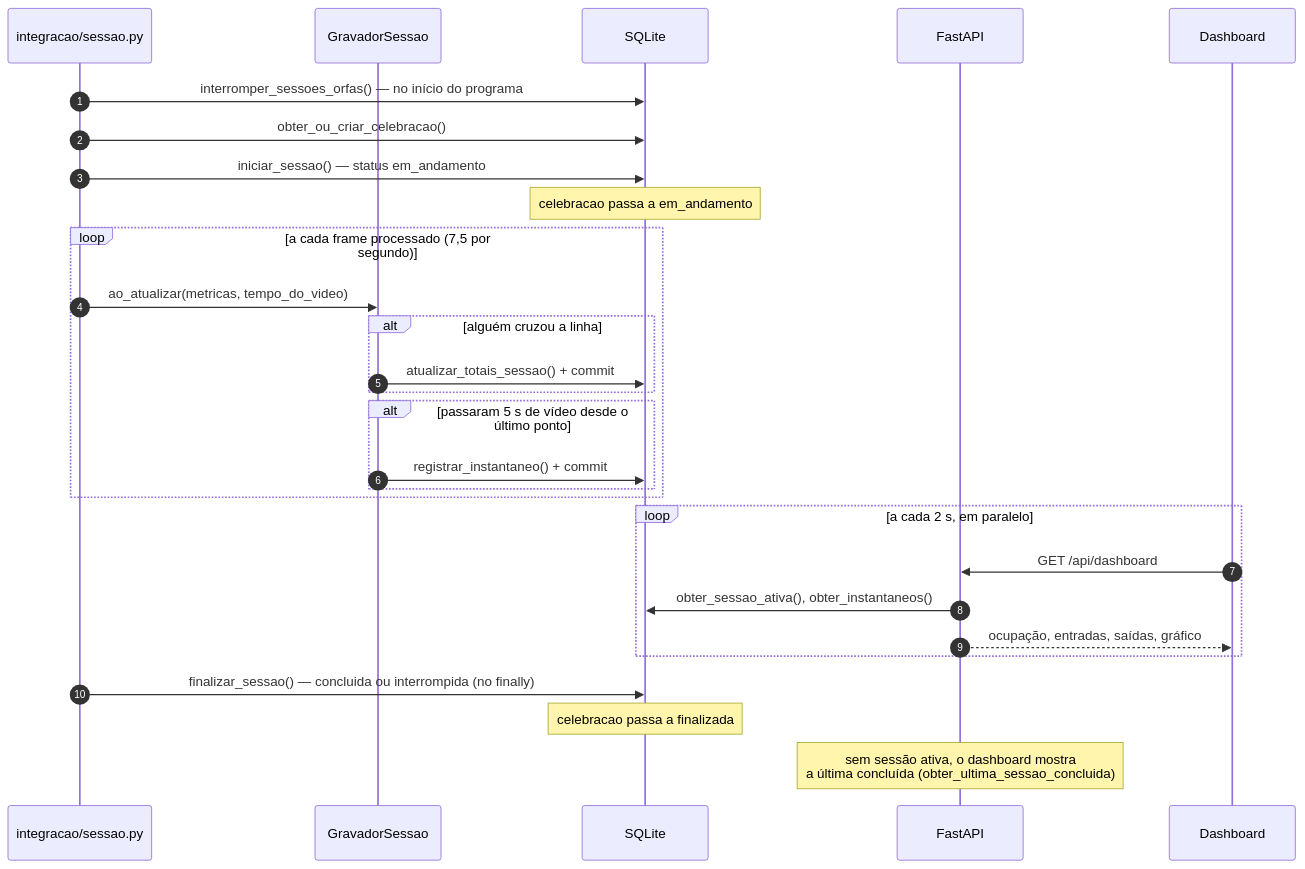
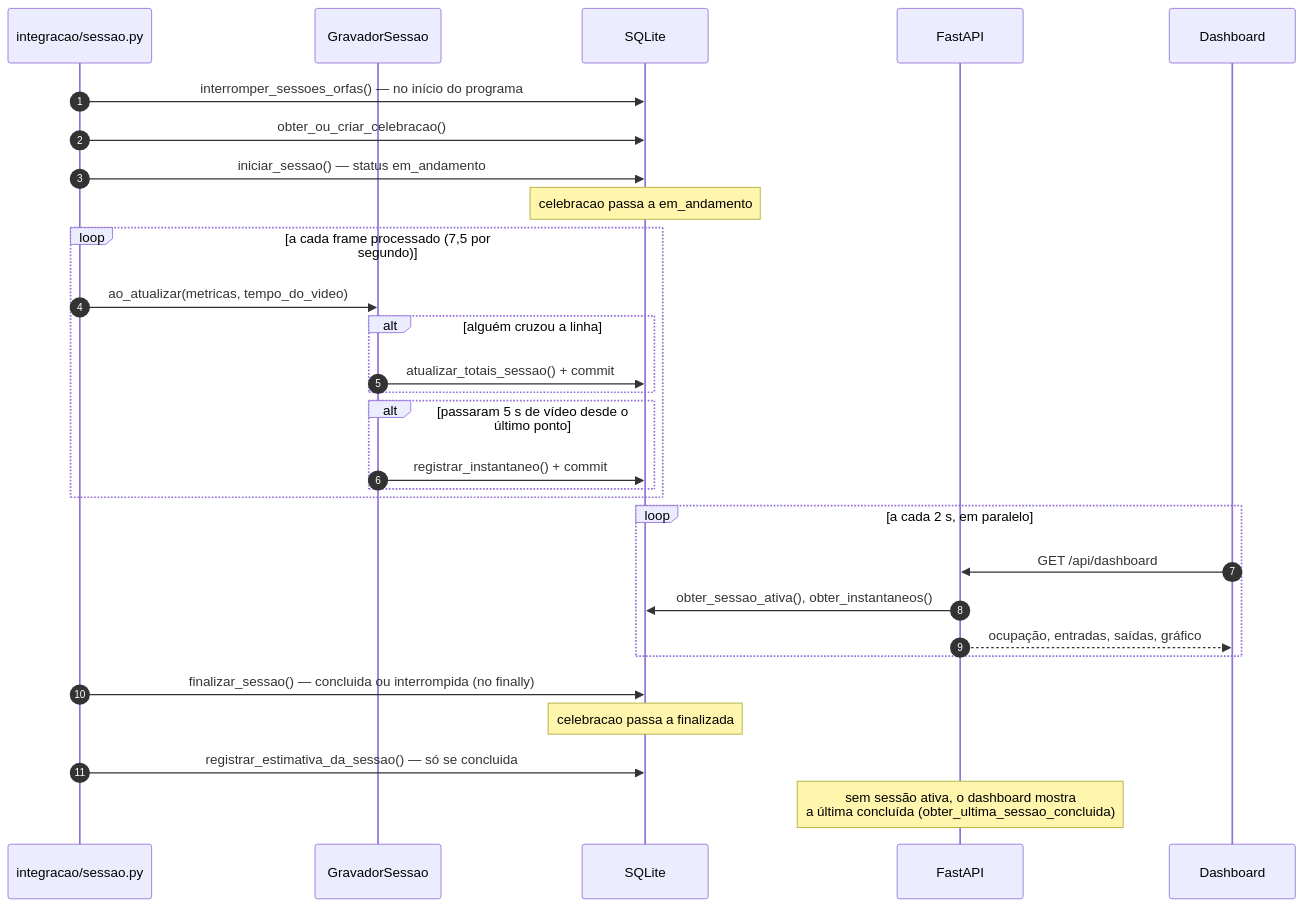
One commit to FelipeUemura11/EucharistCount-TCC changed the fifth of 6 diagrams in backend/DOCUMENTACAO_BANCO.md. Above: the diagram before and after it, drawn with Mermaid. The commit also changed other lines of this file and 6 other files, not shown here.

````diff
--- a/backend/DOCUMENTACAO_BANCO.md
+++ b/backend/DOCUMENTACAO_BANCO.md
@@ -426,34 +427,35 @@
 ```mermaid
 sequenceDiagram
     autonumber
     participant M as integracao/sessao.py
     participant G as GravadorSessao
     participant DB as SQLite
     participant API as FastAPI
     participant F as Dashboard
 
     M->>DB: interromper_sessoes_orfas() — no início do programa
     M->>DB: obter_ou_criar_celebracao()
     M->>DB: iniciar_sessao() — status em_andamento
     Note over DB: celebracao passa a em_andamento
 
     loop a cada frame processado (7,5 por segundo)
         M->>G: ao_atualizar(metricas, tempo_do_video)
         alt alguém cruzou a linha
             G->>DB: atualizar_totais_sessao() + commit
         end
         alt passaram 5 s de vídeo desde o último ponto
             G->>DB: registrar_instantaneo() + commit
         end
     end
 
     loop a cada 2 s, em paralelo
         F->>API: GET /api/dashboard
         API->>DB: obter_sessao_ativa(), obter_instantaneos()
         API-->>F: ocupação, entradas, saídas, gráfico
     end
 
     M->>DB: finalizar_sessao() — concluida ou interrompida (no finally)
     Note over DB: celebracao passa a finalizada
+    M->>DB: registrar_estimativa_da_sessao() — só se concluida
     Note over API: sem sessão ativa, o dashboard mostra<br/>a última concluída (obter_ultima_sessao_concluida)
 ```
````
